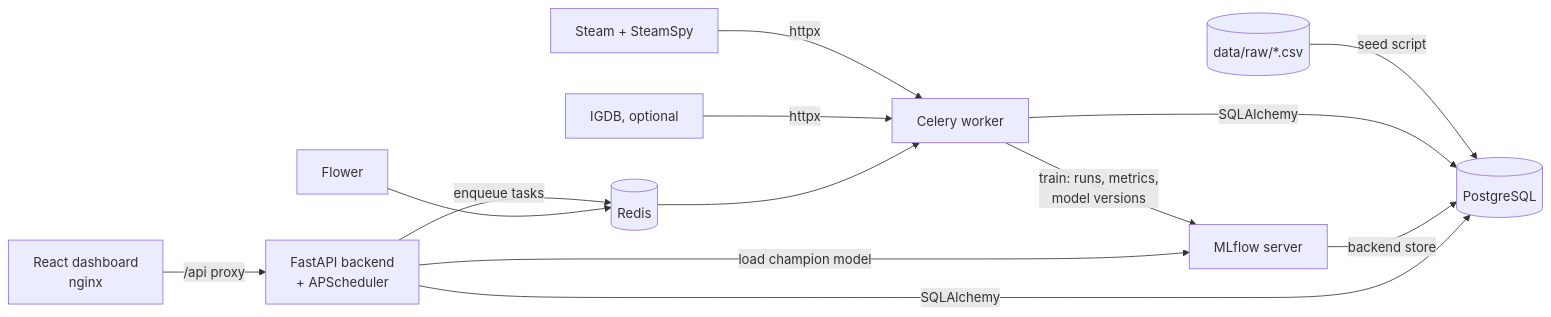
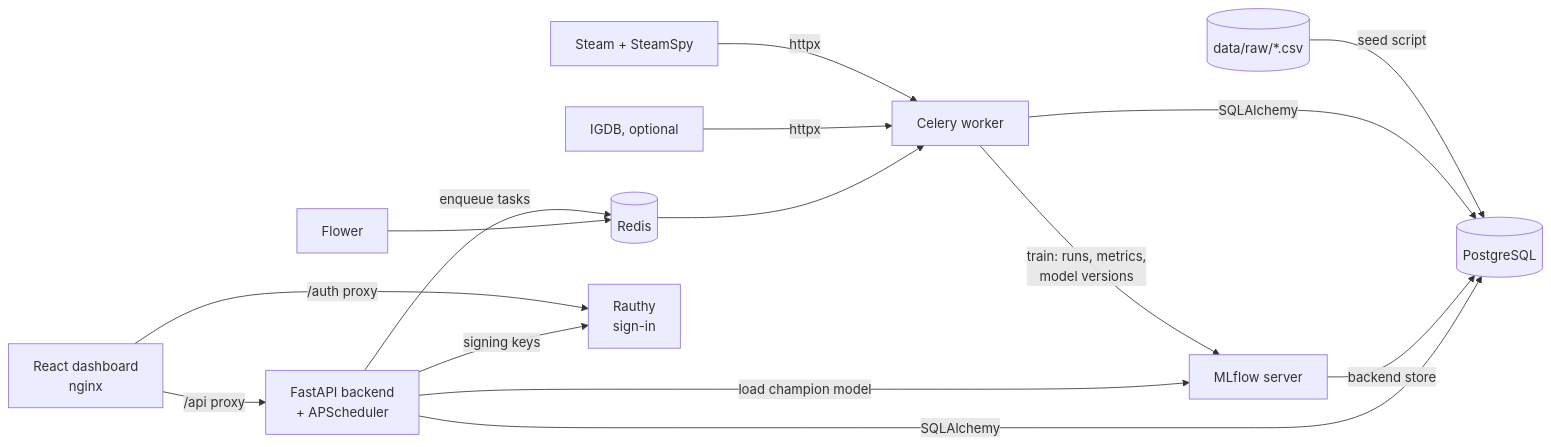
Before and after one commit to gkhnelbstn/end-to-end-video-game-ml: the diagram in README.md, drawn with Mermaid. The commit also changed other lines of this file and 27 other files, not shown here.

First line of the commit message:
feat: sign in to the dashboard with Rauthy

````diff
--- a/README.md
+++ b/README.md
@@ -83,15 +85,17 @@
 ```mermaid
 flowchart LR
     STEAM[Steam + SteamSpy] -->|httpx| W[Celery worker]
     IGDB[IGDB, optional] -->|httpx| W
     CSV[(data/raw/*.csv)] -->|seed script| DB
     B[FastAPI backend<br/>+ APScheduler] -->|enqueue tasks| R[(Redis)]
     R --> W
     W -->|SQLAlchemy| DB[(PostgreSQL)]
     W -->|train: runs, metrics,<br/>model versions| M[MLflow server]
     B -->|load champion model| M
     M -->|backend store| DB
     B -->|SQLAlchemy| DB
     F[React dashboard<br/>nginx] -->|/api proxy| B
+    F -->|/auth proxy| A[Rauthy<br/>sign-in]
+    B -->|signing keys| A
     FL[Flower] --> R
 ```
````
